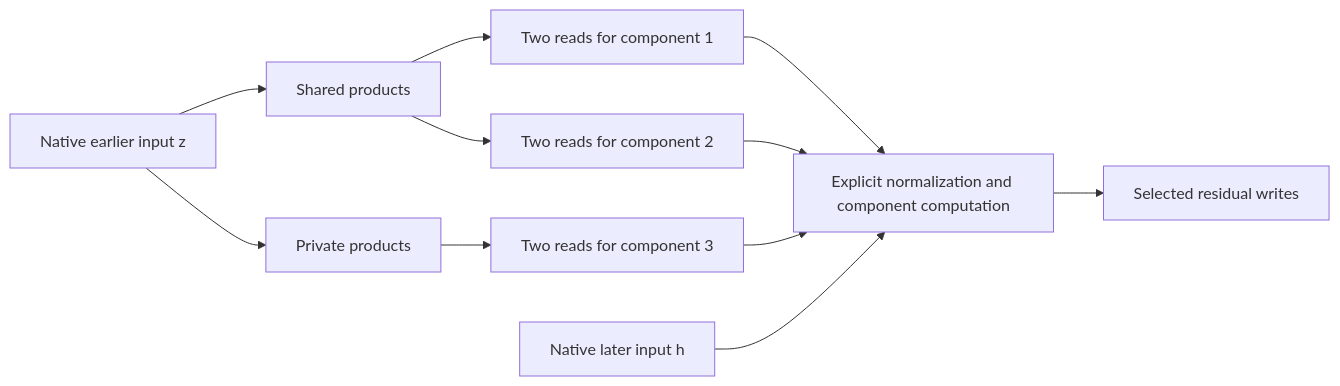
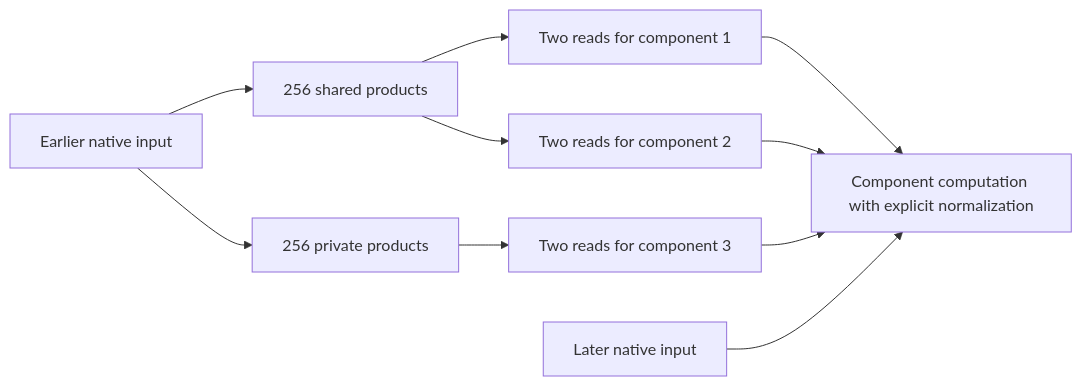
The second of 2 diagrams in basis_aligned/polynomial_causal/explanations/for_logan/research_update_2026-09-21_0104_full_coverage_and_shared_baselines.md (loganriggs/tensor_language), drawn with Mermaid before and after one commit. The commit also changed other lines of this file and 30 other files, not shown here.

````diff
--- a/basis_aligned/polynomial_causal/explanations/for_logan/research_update_2026-09-21_0104_full_coverage_and_shared_baselines.md
+++ b/basis_aligned/polynomial_causal/explanations/for_logan/research_update_2026-09-21_0104_full_coverage_and_shared_baselines.md
@@ -158,13 +134,12 @@
 ```mermaid
 flowchart LR
-    Z[Native earlier input z] --> S[Shared products]
+    Z[Earlier native input] --> S[256 shared products]
     S --> A[Two reads for component 1]
     S --> B[Two reads for component 2]
-    Z --> P[Private products]
+    Z --> P[256 private products]
     P --> C[Two reads for component 3]
-    A --> N[Explicit normalization and component computation]
-    B --> N
-    C --> N
-    H[Native later input h] --> N
-    N --> O[Selected residual writes]
+    A --> O[Component computation with explicit normalization]
+    B --> O
+    C --> O
+    H[Later native input] --> O
 ```
````
